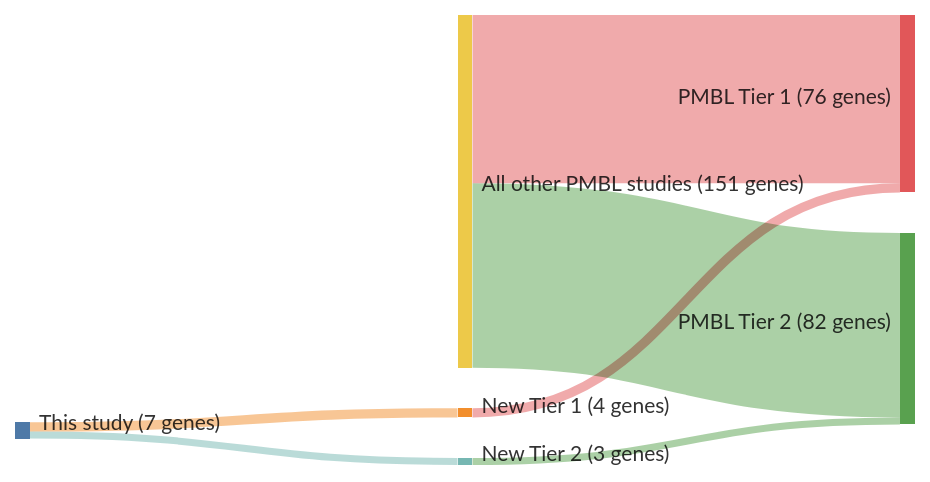
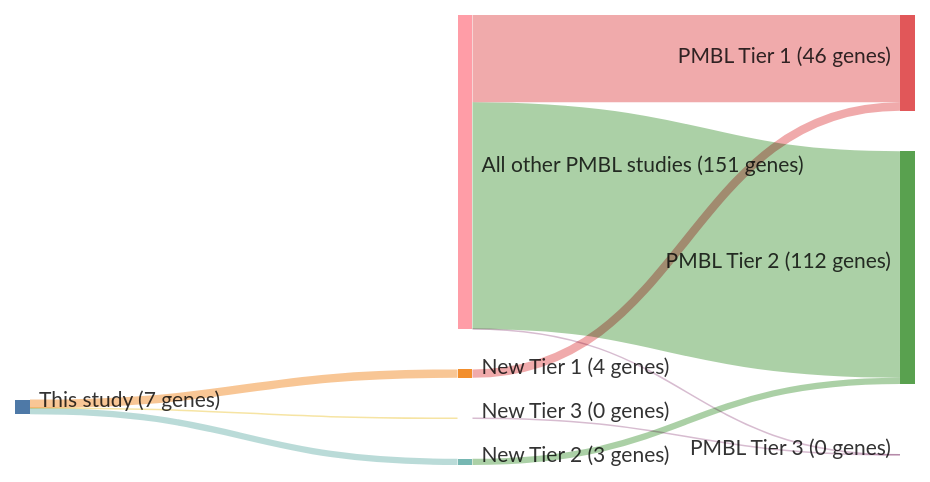
The diagram in papers/wienandGenomicAnalysesFlowsorted2019.md (morinlab/lymphopedia), drawn with Mermaid before and after one commit. The commit also changed other lines of this file and 81 other files, not shown here.

````diff
--- a/papers/wienandGenomicAnalysesFlowsorted2019.md
+++ b/papers/wienandGenomicAnalysesFlowsorted2019.md
@@ -12,20 +12,23 @@
 ```mermaid
 ---
 config:
     sankey:
         showValues: true
         linkColor: target
         width: 600
         height: 300
         nodeAlignment: right
         prefix: '('
         suffix: ' genes)'
 ---
 sankey-beta
 This study, New Tier 1, 4
 New Tier 1, PMBL Tier 1, 4
 This study, New Tier 2, 3
 New Tier 2, PMBL Tier 2, 3
-All other PMBL studies, PMBL Tier 1, 72
-All other PMBL studies, PMBL Tier 2, 79
+This study, New Tier 3, 0
+New Tier 3, PMBL Tier 3, 0
+All other PMBL studies, PMBL Tier 1, 42
+All other PMBL studies, PMBL Tier 2, 109
+All other PMBL studies, PMBL Tier 3, 0
 ```
````
